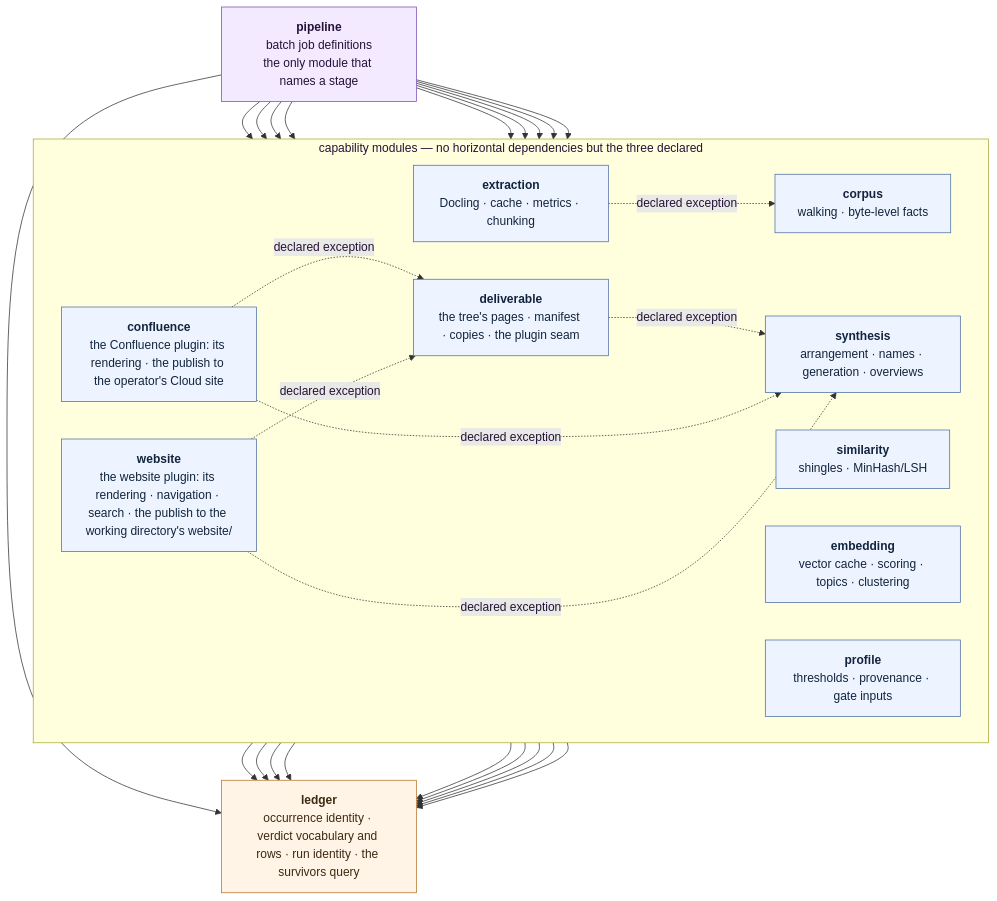
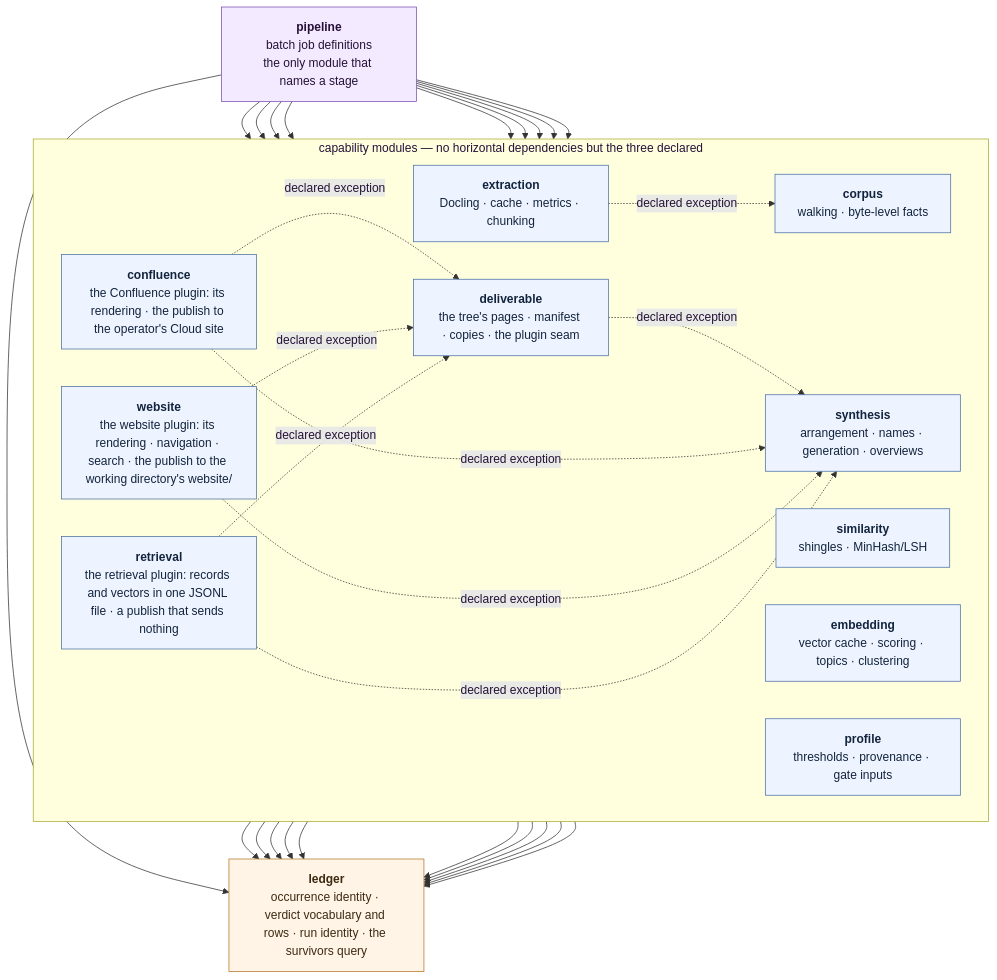
The fourth of 6 diagrams in docs/architecture.md (algernon28/vespera), drawn with Mermaid before and after one commit. The commit also changed other lines of this file and 17 other files, not shown here.

````diff
--- a/docs/architecture.md
+++ b/docs/architecture.md
@@ -197,53 +198,57 @@
 ```mermaid
 flowchart TD
     PIPELINE["<b>pipeline</b><br/>batch job definitions<br/>the only module that names a stage"]
 
     subgraph CAPABILITIES["capability modules — no horizontal dependencies but the three declared"]
         direction LR
         CORPUS["<b>corpus</b><br/>walking · byte-level facts"]
         EXTRACTION["<b>extraction</b><br/>Docling · cache · metrics · chunking"]
         SIMILARITY["<b>similarity</b><br/>shingles · MinHash/LSH"]
         EMBEDDING["<b>embedding</b><br/>vector cache · scoring · topics · clustering"]
         SYNTHESIS["<b>synthesis</b><br/>arrangement · names · generation · overviews"]
         PROFILE["<b>profile</b><br/>thresholds · provenance · gate inputs"]
         DELIVERABLE["<b>deliverable</b><br/>the tree's pages · manifest · copies · the plugin seam"]
         CONFLUENCE["<b>confluence</b><br/>the Confluence plugin: its rendering · the publish to the operator's Cloud site"]
         WEBSITE["<b>website</b><br/>the website plugin: its rendering · navigation · search · the publish to the working directory's website/"]
+        RETRIEVAL["<b>retrieval</b><br/>the retrieval plugin: records and vectors in one JSONL file · a publish that sends nothing"]
     end
 
     LEDGER["<b>ledger</b><br/>occurrence identity · verdict vocabulary and rows · run identity · the survivors query"]
 
     PIPELINE --> CORPUS
     PIPELINE --> EXTRACTION
     PIPELINE --> SIMILARITY
     PIPELINE --> EMBEDDING
     PIPELINE --> SYNTHESIS
     PIPELINE --> PROFILE
     PIPELINE --> DELIVERABLE
     PIPELINE --> CONFLUENCE
     PIPELINE --> WEBSITE
     PIPELINE --> LEDGER
 
     CORPUS --> LEDGER
     EXTRACTION --> LEDGER
     SIMILARITY --> LEDGER
     EMBEDDING --> LEDGER
     SYNTHESIS --> LEDGER
     PROFILE --> LEDGER
     DELIVERABLE --> LEDGER
     CONFLUENCE --> LEDGER
     WEBSITE --> LEDGER
+    RETRIEVAL --> LEDGER
     DELIVERABLE -. declared exception .-> SYNTHESIS
     CONFLUENCE -. declared exception .-> DELIVERABLE
     CONFLUENCE -. declared exception .-> SYNTHESIS
     WEBSITE -. declared exception .-> DELIVERABLE
     WEBSITE -. declared exception .-> SYNTHESIS
+    RETRIEVAL -. declared exception .-> DELIVERABLE
+    RETRIEVAL -. declared exception .-> SYNTHESIS
     EXTRACTION -. declared exception .-> CORPUS
 
     classDef root fill:#f3eaff,stroke:#7a4fb5,color:#241238
     classDef cap fill:#eef4ff,stroke:#4a6fa5,color:#12243d
     classDef core fill:#fff4e6,stroke:#b5762a,color:#3d2a12
     class PIPELINE root
-    class CORPUS,EXTRACTION,SIMILARITY,EMBEDDING,SYNTHESIS,PROFILE,DELIVERABLE,CONFLUENCE,WEBSITE cap
+    class CORPUS,EXTRACTION,SIMILARITY,EMBEDDING,SYNTHESIS,PROFILE,DELIVERABLE,CONFLUENCE,WEBSITE,RETRIEVAL cap
     class LEDGER core
 ```
````
